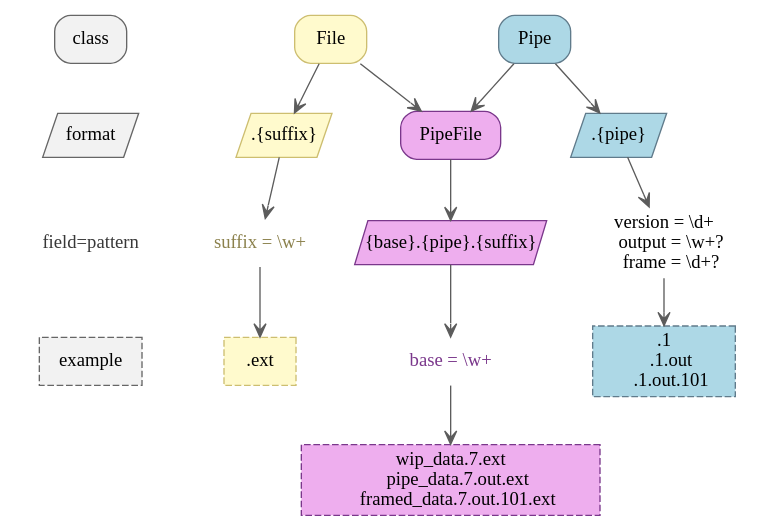
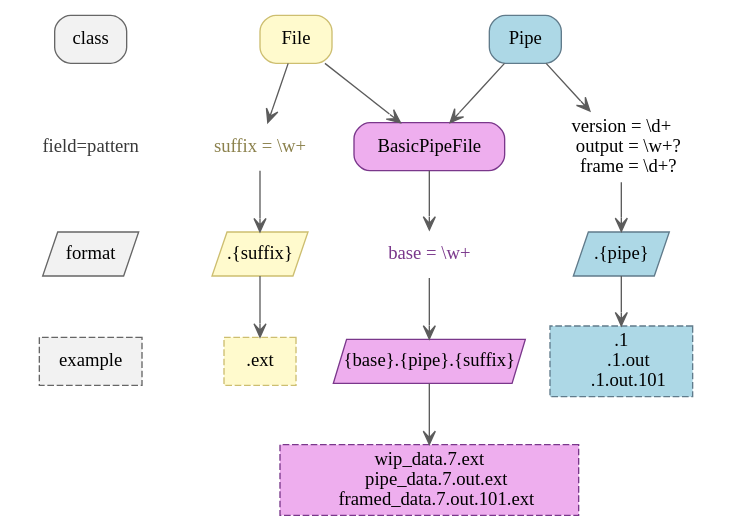
One commit to chrizzFTD/naming changed the diagram in docs/source/example.dot. Above: the diagram before and after it, drawn with Graphviz.

Commit message:
Swap format and config places (#20)

```diff
--- a/docs/source/example.dot
+++ b/docs/source/example.dot
@@ -1,55 +1,55 @@
 strict digraph example {
     // nodes creation, shape and style defined here
     bgcolor=invis
     {
       node [style="rounded, filled" shape=box]
-      class, File, Pipe, PipeFile
+      class, File, Pipe, BasicPipeFile
     }
     {
       node [style=filled margin=0 width=1 height=0.46 shape=polygon fixedsize=true skew=0.4]
       format, file_format, pipe_format, pipefile_format
     }
     {
       node [shape=none]
-      patterns, file_patterns, pipe_patterns, pipefile_patterns
+      config_patterns, file_config_patterns, pipe_config_patterns, pipefile_config_patterns
     }
     {
       node [style="dashed, filled" shape=box]
       example, file_example, pipe_example, pipefile_example
     }
     // connections, labels and color related updates by higher level groups
     subgraph legend {
         edge[style=invis]  // connect with invisible edges to emulate a legend
-        class, format, example, patterns [color=gray40 fillcolor=gray95]
-        patterns [label="field=pattern" fontcolor=gray22]
-        class -> format -> patterns  -> example
+        class, format, example, config_patterns [color=gray40 fillcolor=gray95]
+        config_patterns [label="field=pattern" fontcolor=gray22]
+        class -> config_patterns -> format -> example
     }
 
     File, file_format, file_example [color=lightgoldenrod3 fillcolor=lemonchiffon1]
     file_format [label=".{suffix}"]
     file_example [label=".ext"]
     // escape the inverse slash so generated image displays one
-    file_patterns [label="suffix = \\w+" fontcolor=lightgoldenrod4]
+    file_config_patterns [label="suffix = \\w+" fontcolor=lightgoldenrod4]
 
     Pipe, pipe_format, pipe_example [color=lightskyblue4 fillcolor=lightblue]
     pipe_format [label=".{pipe}"]
     pipe_example [label=".1
     .1.out
     .1.out.101"]
-    pipe_patterns [label="version = \\d+
+    pipe_config_patterns [label="version = \\d+
     output = \\w+?
     frame = \\d+?"]
 
-    PipeFile, pipefile_format, pipefile_example [color=mediumorchid4 fillcolor=plum2]
+    BasicPipeFile, pipefile_format, pipefile_example [color=mediumorchid4 fillcolor=plum2]
     pipefile_format [skew=0.15 width=2 label="{base}.{pipe}.{suffix}"]
     pipefile_example [label="wip_data.7.ext
     pipe_data.7.out.ext
     framed_data.7.out.101.ext"]
-    pipefile_patterns [label="base = \\w+" fontcolor=mediumorchid4]
+    pipefile_config_patterns [label="base = \\w+" fontcolor=mediumorchid4]
 
-    edge [color=gray36 arrowhead="vee"]
-    Pipe -> pipe_format -> pipe_patterns -> pipe_example
-    File -> file_format -> file_patterns -> file_example
-    PipeFile -> pipefile_format -> pipefile_patterns -> pipefile_example
-    {Pipe, File} -> PipeFile
+    edge [color=gray36 arrowhead=vee]
+    Pipe ->  pipe_config_patterns -> pipe_format -> pipe_example
+    File -> file_config_patterns -> file_format -> file_example
+    BasicPipeFile -> pipefile_config_patterns -> pipefile_format -> pipefile_example
+    {Pipe, File} -> BasicPipeFile
 }
```
